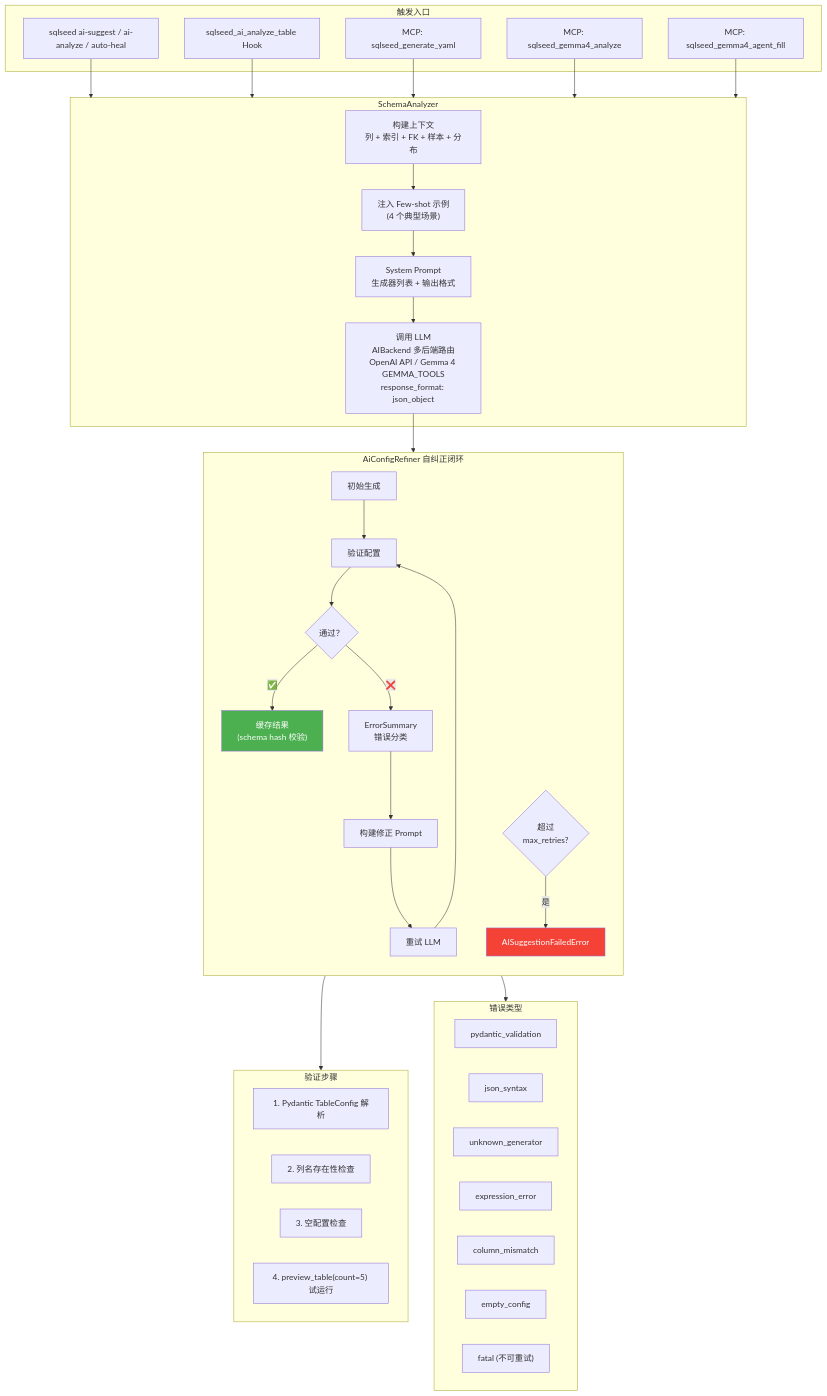
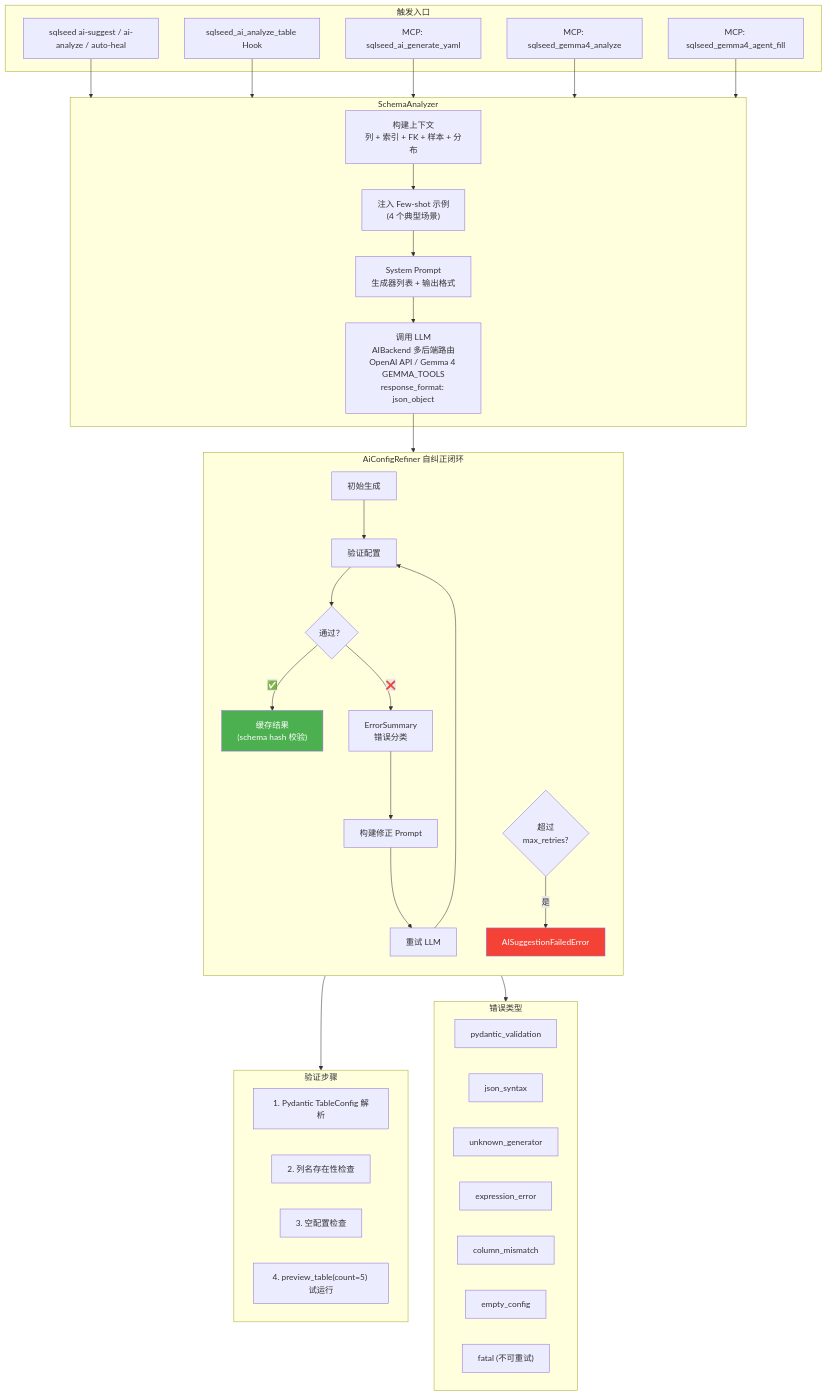
Before and after one commit to sunbos/sqlseed: the seventh of 11 diagrams in docs/architecture.zh-CN.md, drawn with Mermaid. The commit also changed other lines of this file and 31 other files, not shown here.

````diff
--- a/docs/architecture.zh-CN.md
+++ b/docs/architecture.zh-CN.md
@@ -444,68 +458,68 @@
 ```mermaid
 flowchart TB
     subgraph CLI_Trigger["触发入口"]
         CLICmd["sqlseed ai-suggest / ai-analyze / auto-heal"]
         HookCall["sqlseed_ai_analyze_table Hook"]
-        MCPTool["MCP: sqlseed_generate_yaml"]
+        MCPTool["MCP: sqlseed_ai_generate_yaml"]
         MCPGemma4Analyze["MCP: sqlseed_gemma4_analyze"]
         MCPGemma4AgentFill["MCP: sqlseed_gemma4_agent_fill"]
     end
 
     subgraph Analyzer["SchemaAnalyzer"]
         Context["构建上下文<br/>列 + 索引 + FK + 样本 + 分布"]
         FewShot["注入 Few-shot 示例<br/>(4 个典型场景)"]
         SysPrompt["System Prompt<br/>生成器列表 + 输出格式"]
         LLM["调用 LLM<br/>AIBackend 多后端路由<br/>OpenAI API / Gemma 4 GEMMA_TOOLS<br/>response_format: json_object"]
     end
 
     subgraph Refiner["AiConfigRefiner 自纠正闭环"]
         direction TB
         Init["初始生成"]
         Validate["验证配置"]
         VCheck{"通过？"}
         Cache["缓存结果<br/>(schema hash 校验)"]
         ErrorSum["ErrorSummary<br/>错误分类"]
         FixPrompt["构建修正 Prompt"]
         Retry["重试 LLM"]
         MaxCheck{"超过<br/>max_retries?"}
         FailErr["AISuggestionFailedError"]
 
         Init --> Validate --> VCheck
         VCheck -->|✅| Cache
         VCheck -->|❌| ErrorSum --> FixPrompt --> Retry
         Retry --> Validate
         MaxCheck -->|是| FailErr
     end
 
     subgraph Validation["验证步骤"]
         V1["1. Pydantic TableConfig 解析"]
         V2["2. 列名存在性检查"]
         V3["3. 空配置检查"]
         V4["4. preview_table(count=5) 试运行"]
     end
 
     subgraph ErrorTypes["错误类型"]
         E1["pydantic_validation"]
         E2["json_syntax"]
         E3["unknown_generator"]
         E4["expression_error"]
         E5["column_mismatch"]
         E6["empty_config"]
         E7["fatal (不可重试)"]
     end
 
     CLICmd --> Analyzer
     HookCall --> Analyzer
     MCPTool --> Analyzer
     MCPGemma4Analyze --> Analyzer
     MCPGemma4AgentFill --> Analyzer
 
     Context --> FewShot --> SysPrompt --> LLM
     LLM --> Refiner
 
     Validate --> Validation
     ErrorSum --> ErrorTypes
 
     style Cache fill:#4CAF50,color:#fff
     style FailErr fill:#F44336,color:#fff
 ```
````
